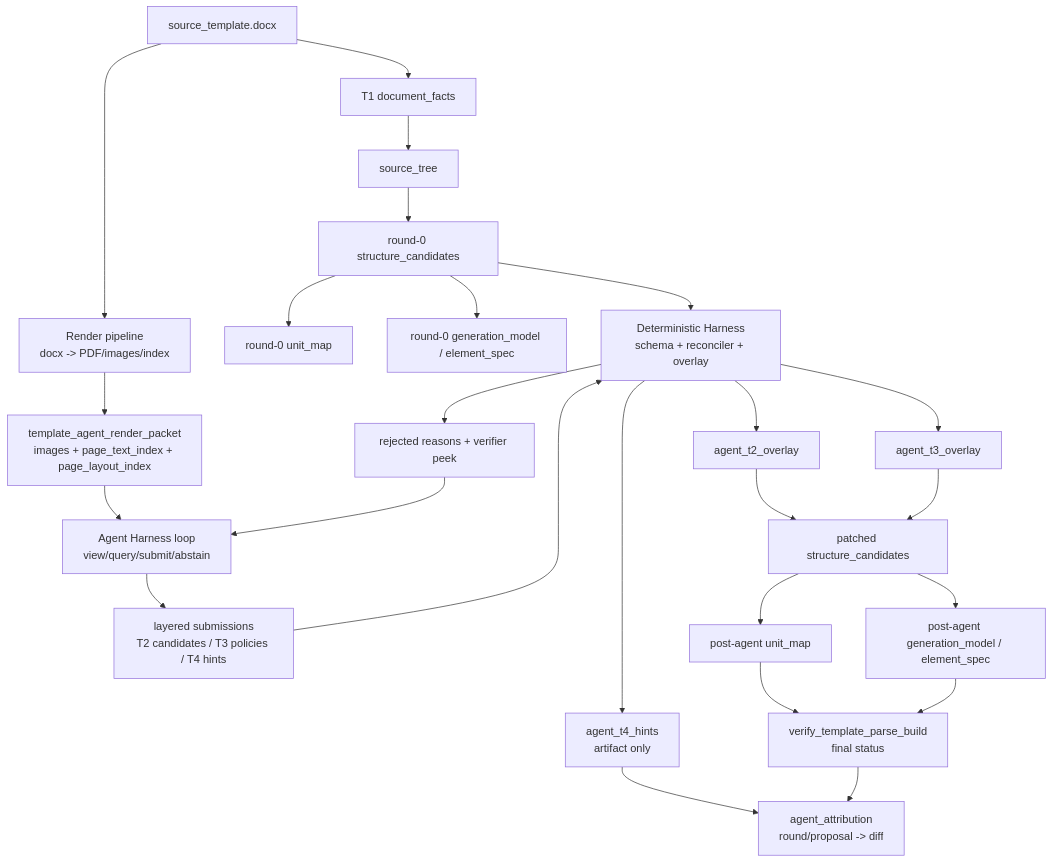
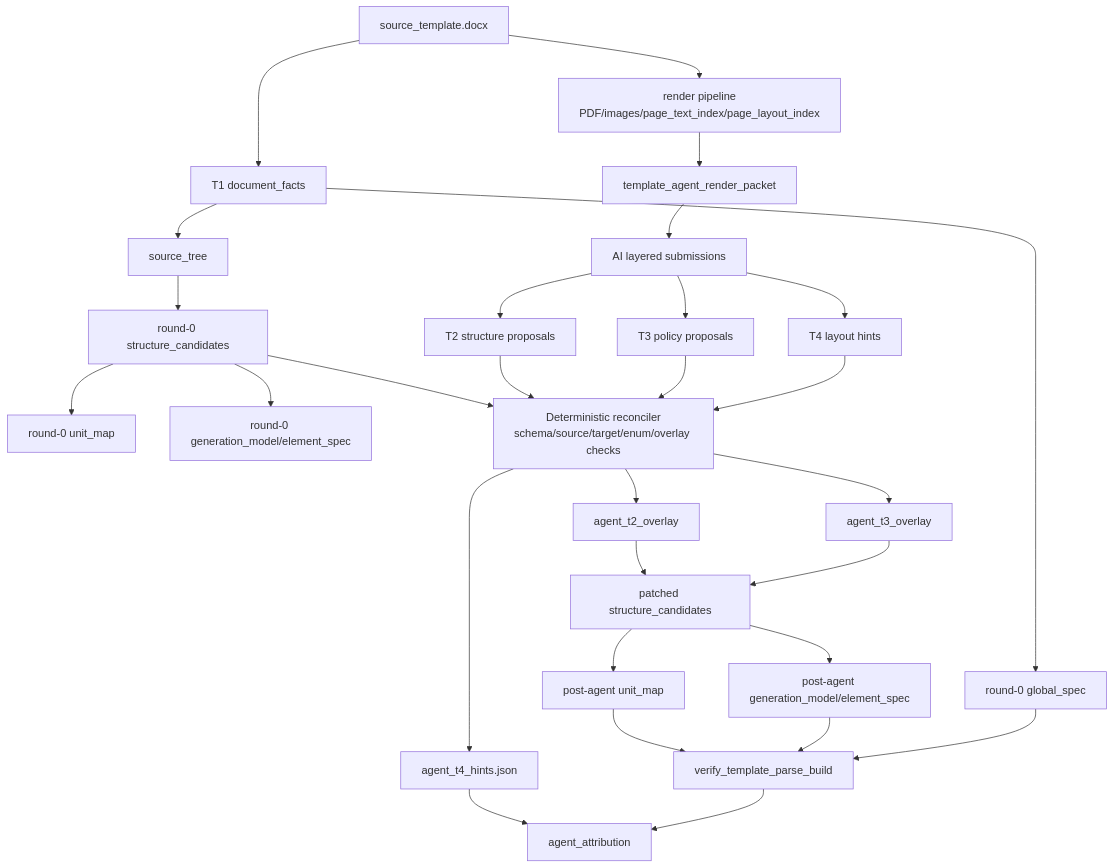
The second of 8 diagrams in docs/plans/template-parse-refactor-t2t3-agent-proposal-plan-01-current-code-ai-overlay.md (bamao88/docfit_v3), drawn with Mermaid before and after one commit. The commit also changed other lines of this file, not shown here.

Commit message:
docs: checkpoint t2t3 agent proposal plan

````diff
--- a/docs/plans/template-parse-refactor-t2t3-agent-proposal-plan-01-current-code-ai-overlay.md
+++ b/docs/plans/template-parse-refactor-t2t3-agent-proposal-plan-01-current-code-ai-overlay.md
@@ -69,32 +140,38 @@
 ```mermaid
 flowchart TB
   DOCX["source_template.docx"] --> T1["T1 document_facts"]
-  DOCX --> RENDER["Render pipeline\ndocx -> PDF/images/index"]
-  RENDER --> PACKET["template_agent_render_packet\nimages + page_text_index + page_layout_index"]
+  DOCX --> RENDER["render pipeline\nPDF/images/page_text_index/page_layout_index"]
+  RENDER --> PACKET["template_agent_render_packet"]
 
   T1 --> ST["source_tree"]
   ST --> SC0["round-0 structure_candidates"]
   SC0 --> UM0["round-0 unit_map"]
-  SC0 --> GM0["round-0 generation_model / element_spec"]
+  SC0 --> ES0["round-0 generation_model/element_spec"]
+  T1 --> GS0["round-0 global_spec"]
 
-  PACKET --> AH["Agent Harness loop\nview/query/submit/abstain"]
-  AH --> SUB["layered submissions\nT2 candidates / T3 policies / T4 hints"]
-  SUB --> DH["Deterministic Harness\nschema + reconciler + overlay"]
+  PACKET --> AI["AI layered submissions"]
 
-  SC0 --> DH
-  DH --> O2["agent_t2_overlay"]
-  DH --> O3["agent_t3_overlay"]
-  DH --> H4["agent_t4_hints\nartifact only"]
+  AI --> T2OUT["T2 structure proposals"]
+  AI --> T3OUT["T3 policy proposals"]
+  AI --> T4OUT["T4 layout hints"]
+
+  SC0 --> REC["Deterministic reconciler\nschema/source/target/enum/overlay checks"]
+  T2OUT --> REC
+  T3OUT --> REC
+  T4OUT --> REC
+
+  REC --> O2["agent_t2_overlay"]
+  REC --> O3["agent_t3_overlay"]
+  REC --> H4["agent_t4_hints.json"]
 
   O2 --> SCP["patched structure_candidates"]
   O3 --> SCP
   SCP --> UMP["post-agent unit_map"]
-  SCP --> GMP["post-agent generation_model / element_spec"]
+  SCP --> ESP["post-agent generation_model/element_spec"]
 
-  UMP --> VERIFY["verify_template_parse_build\nfinal status"]
-  GMP --> VERIFY
-  H4 --> ATTR["agent_attribution\nround/proposal -> diff"]
+  UMP --> VERIFY["verify_template_parse_build"]
+  ESP --> VERIFY
+  GS0 --> VERIFY
+  H4 --> ATTR["agent_attribution"]
   VERIFY --> ATTR
-  DH --> FEEDBACK["rejected reasons + verifier peek"]
-  FEEDBACK --> AH
 ```
````
